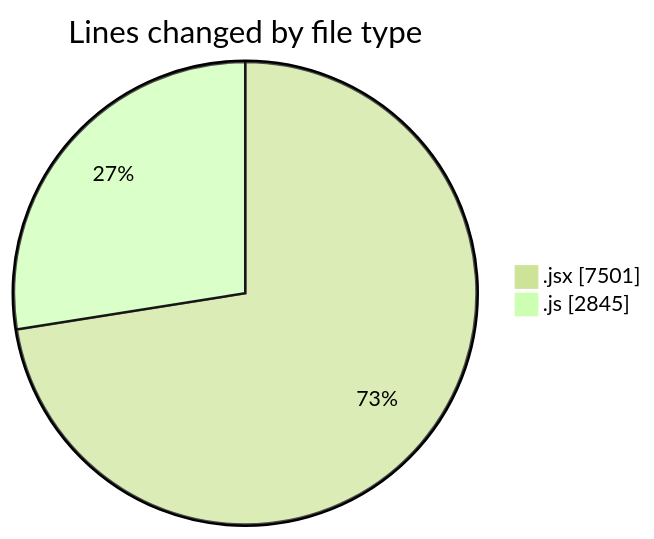
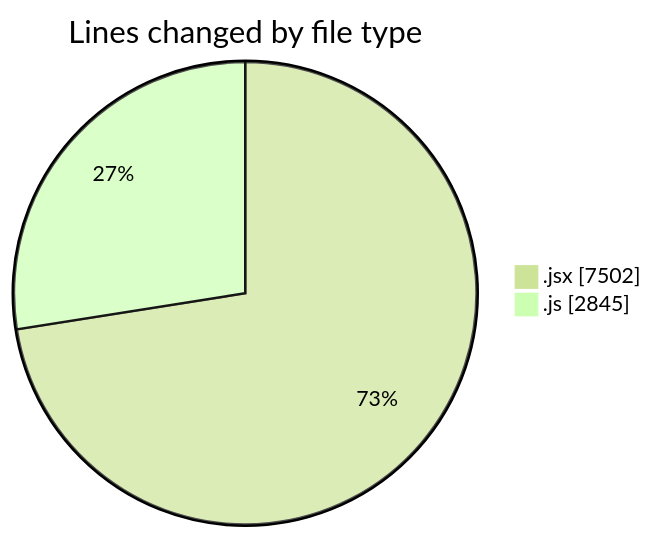
The first of 2 diagrams in 2025-08-04/nxtqube_webapp/README.md (nxtqubesakshisongat/code-tracking), drawn with Mermaid (forest theme) before and after one commit. The commit also changed other lines of this file and 1 other file, not shown here.

````diff
--- a/2025-08-04/nxtqube_webapp/README.md
+++ b/2025-08-04/nxtqube_webapp/README.md
@@ -44,6 +44,6 @@
 ```mermaid
 pie showData
 title Lines changed by file type
-".jsx" : 7501
+".jsx" : 7502
 ".js" : 2845
 ```
````
